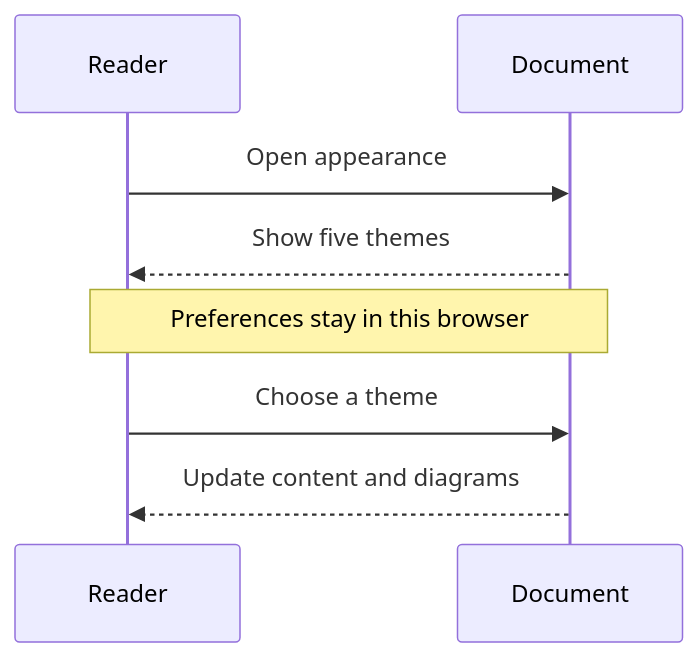
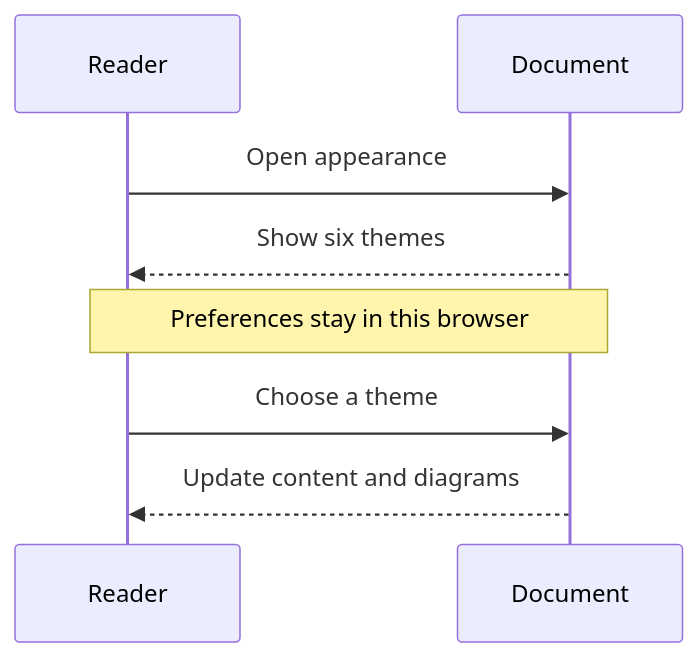
The second of 2 diagrams in testdata/reader-audit.md (dasun-sathsara/pandokary), drawn with Mermaid before and after one commit. The commit also changed other lines of this file and 37 other files, not shown here.

````diff
--- a/testdata/reader-audit.md
+++ b/testdata/reader-audit.md
@@ -86,10 +86,10 @@
 ```mermaid
 sequenceDiagram
     participant Reader
     participant Document
     Reader->>Document: Open appearance
-    Document-->>Reader: Show five themes
+    Document-->>Reader: Show six themes
     Note over Reader,Document: Preferences stay in this browser
     Reader->>Document: Choose a theme
     Document-->>Reader: Update content and diagrams
 ```
````
